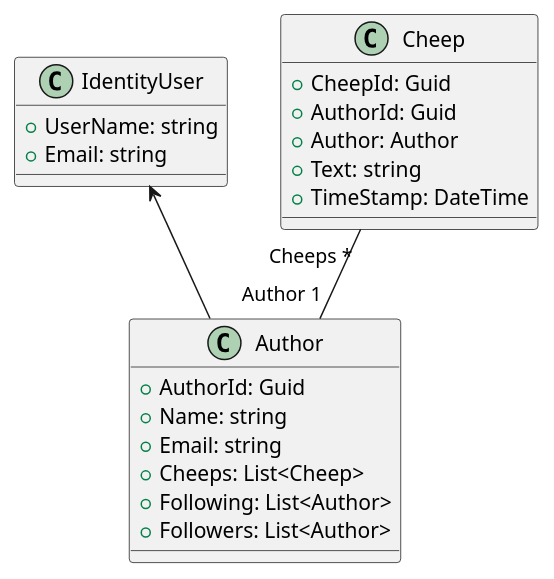
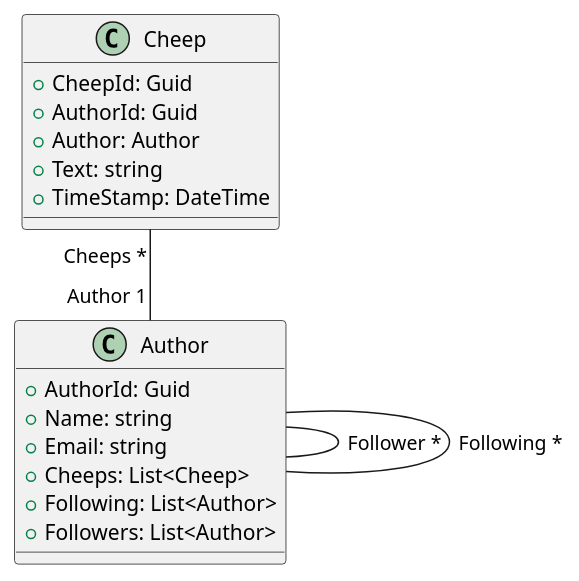
One commit to ITU-BDSA23-GROUP15/Chirp changed the diagram in docs/domain_model.pu. Above: the diagram before and after it, drawn with PlantUML. The commit also changed 1 other file, not shown here.

```diff
--- a/docs/domain_model.pu
+++ b/docs/domain_model.pu
@@ -1,27 +1,24 @@
 @startuml
-IdentityUser <-- Author
-Cheep "Cheeps *" -- "Author 1" Author
-
-class IdentityUser { /' Do we get anything from here??'/
-    +UserName: string
-    +Email: string
-}
 
 class Cheep {
     +CheepId: Guid
     +AuthorId: Guid
     +Author: Author
     +Text: string
     +TimeStamp: DateTime
 }
 
-class Author {
+class "Author" as Author {
     +AuthorId: Guid
     +Name: string
     +Email: string
     +Cheeps: List<Cheep>
     +Following: List<Author>
     +Followers: List<Author>
 }
 
+Cheep "Cheeps *" -- "Author 1" Author
+Author -- Author : Follower *
+Author -- Author : Following *
+
 @enduml
```
